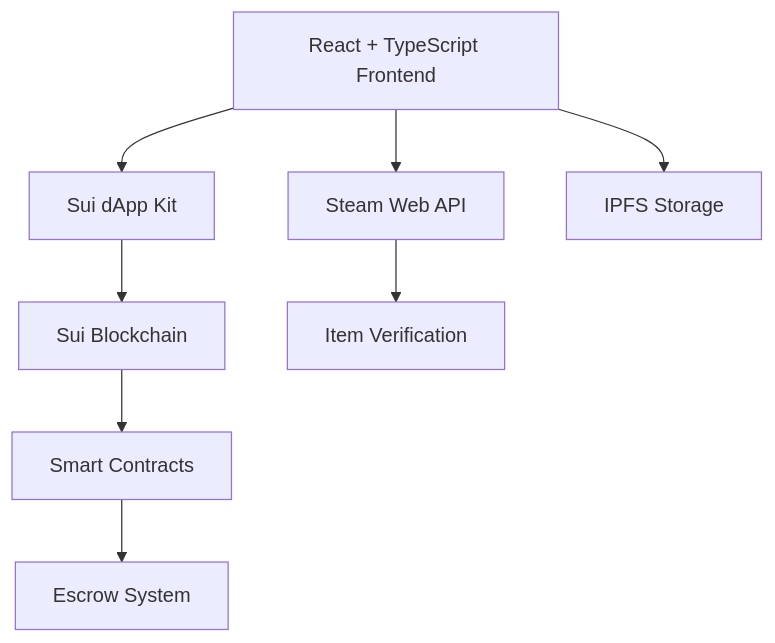
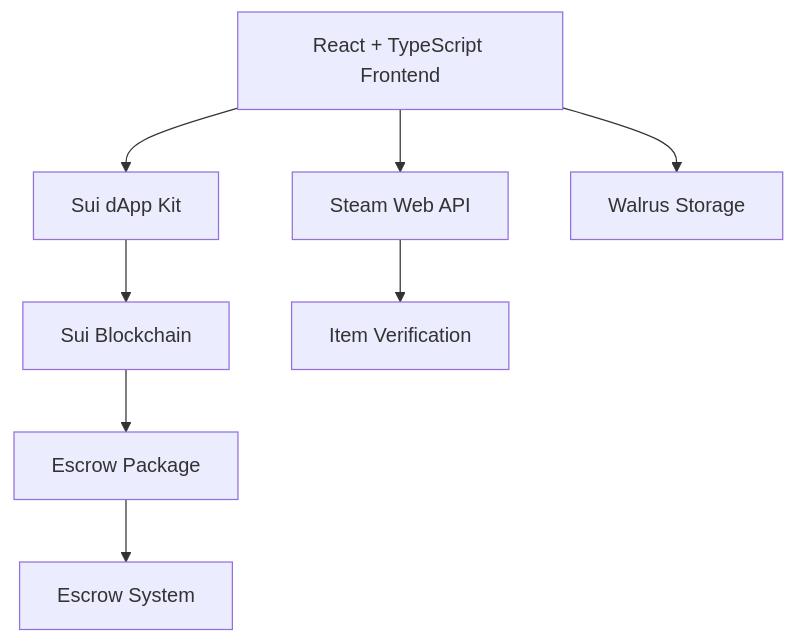
Before and after one commit to JaxChoong/Pudeez-Frontend: the diagram in README.md, drawn with Mermaid. The commit also changed other lines of this file, not shown here.

Commit message:
chore: changed ipfs to walrus

````diff
--- a/README.md
+++ b/README.md
@@ -44,10 +43,10 @@
 ```mermaid
 graph TB
     A[React + TypeScript Frontend] --> B[Sui dApp Kit]
     B --> C[Sui Blockchain]
     A --> D[Steam Web API]
-    C --> E[Smart Contracts]
+    C --> E[Escrow Package]
     E --> F[Escrow System]
     D --> G[Item Verification]
-    A --> H[IPFS Storage]
+    A --> H[Walrus Storage]
 ```
````
